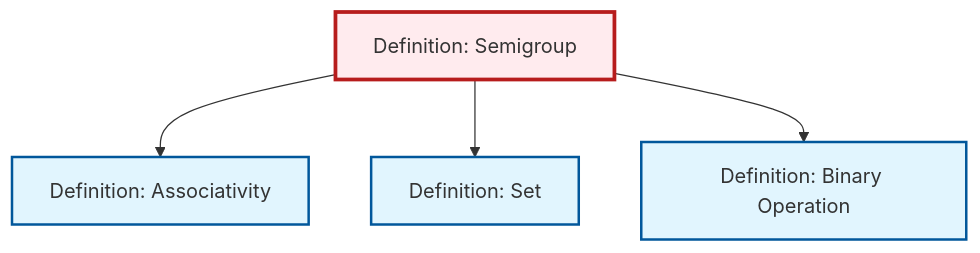
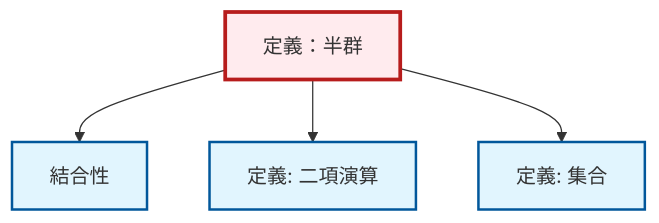
Before and after one commit to RK0429/ModernMath: the diagram in content/ja/algebra/def-semigroup.qmd, drawn with Mermaid. The commit also changed 1069 other files, not shown here.

````diff
--- a/content/ja/algebra/def-semigroup.qmd
+++ b/content/ja/algebra/def-semigroup.qmd
@@ -103,20 +103,20 @@
 ```{mermaid}
 %%| fig-cap: "Local dependency graph"
 graph TD
     classDef definition fill:#e1f5fe,stroke:#01579b,stroke-width:2px
     classDef theorem fill:#f3e5f5,stroke:#4a148c,stroke-width:2px
     classDef axiom fill:#fff3e0,stroke:#e65100,stroke-width:2px
     classDef example fill:#e8f5e9,stroke:#1b5e20,stroke-width:2px
     classDef current fill:#ffebee,stroke:#b71c1c,stroke-width:3px
-    def-set["Definition: Set"]:::definition
-    def-binary-operation["Definition: Binary Operation"]:::definition
-    def-semigroup["Definition: Semigroup"]:::definition
-    def-associativity["Definition: Associativity"]:::definition
+    def-semigroup["定義：半群"]:::definition
+    def-associativity["結合性"]:::definition
+    def-binary-operation["定義: 二項演算"]:::definition
+    def-set["定義: 集合"]:::definition
     def-semigroup --> def-associativity
+    def-semigroup --> def-binary-operation
     def-semigroup --> def-set
-    def-semigroup --> def-binary-operation
     class def-semigroup current
-    click def-set "def-set.html" "Definition: Setへ"
-    click def-binary-operation "def-binary-operation.html" "Definition: Binary Operationへ"
-    click def-associativity "def-associativity.html" "Definition: Associativityへ"
+    click def-associativity "def-associativity.html" "結合性へ"
+    click def-binary-operation "def-binary-operation.html" "二項演算の定義へ"
+    click def-set "def-set.html" "集合の定義へ"
 ```
````
